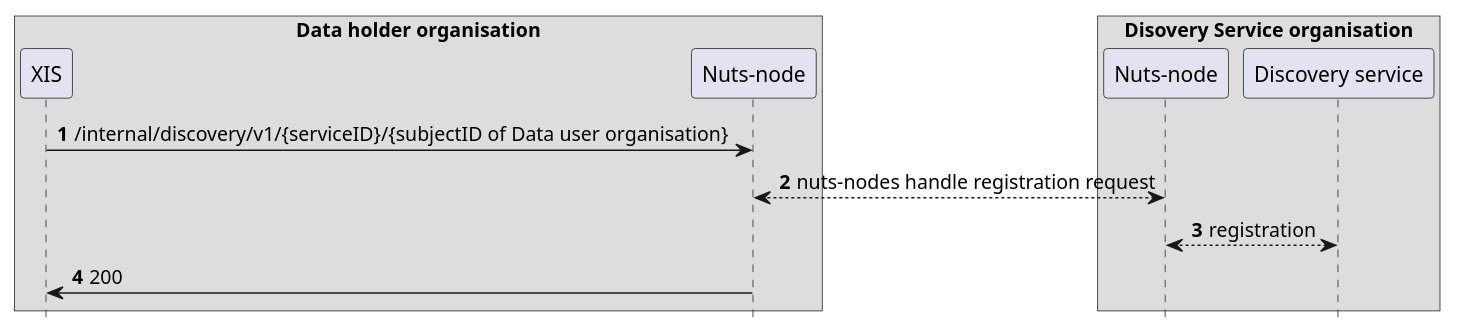
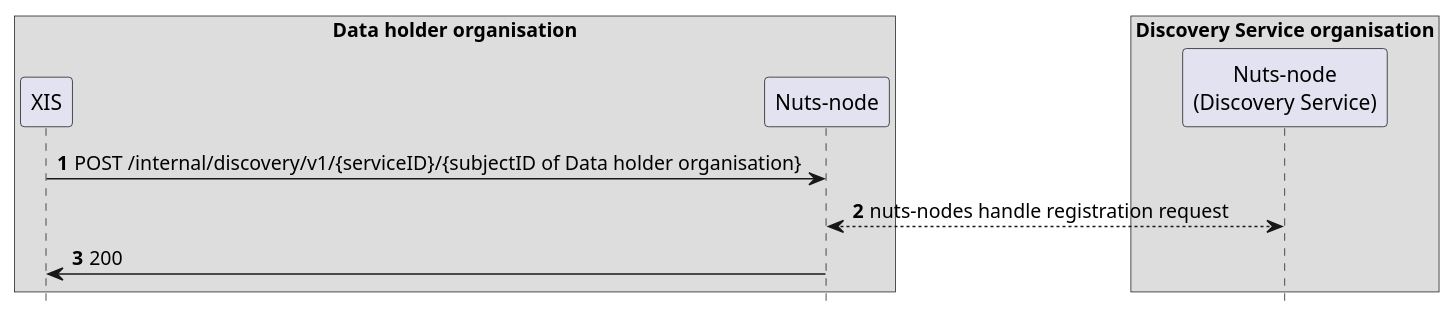
The diagram in input/images-source/sequence-diagram-disco.plantuml (nuts-foundation/nl-zorginzage-ig), drawn with PlantUML before and after one commit. The commit also changed other lines of this file and 1 other file, not shown here.

Commit message:
Discovery Service als onderdeel van de Nuts node in registratiediagram

```diff
--- a/input/images-source/sequence-diagram-disco.plantuml
+++ b/input/images-source/sequence-diagram-disco.plantuml
@@ -1,20 +1,18 @@
 @startuml
 hide footbox
 autonumber
 skinparam BoxPadding 20
 
 box Data holder organisation
 participant XIS as req
 participant "Nuts-node" as rn
 end box
 
-box Disovery Service organisation
-participant "Nuts-node" as dn
-participant "Discovery service" as disco
+box Discovery Service organisation
+participant "Nuts-node\n(Discovery Service)" as dn
 end box
 
-req -> rn: /internal/discovery/v1/{serviceID}/{subjectID of Data user organisation}
+req -> rn: POST /internal/discovery/v1/{serviceID}/{subjectID of Data holder organisation}
 rn <--> dn : nuts-nodes handle registration request
-dn <--> disco: registration
 rn -> req: 200
 @enduml
```
